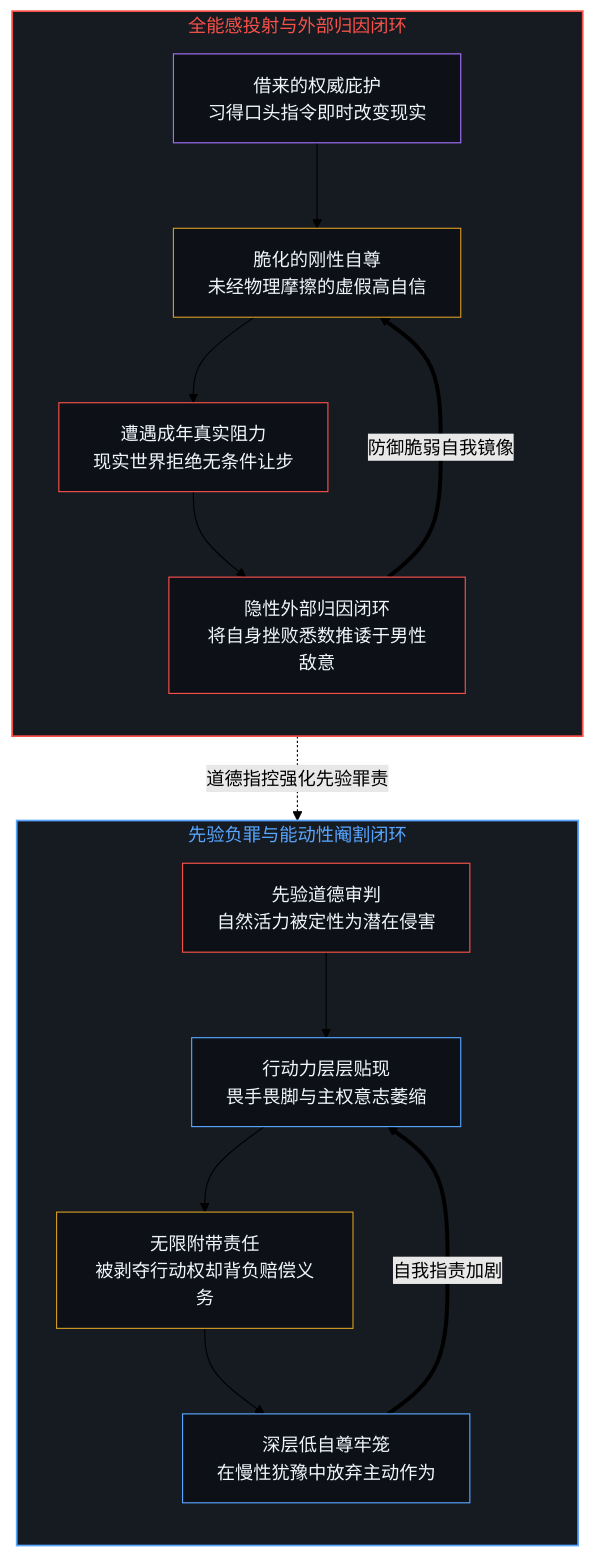
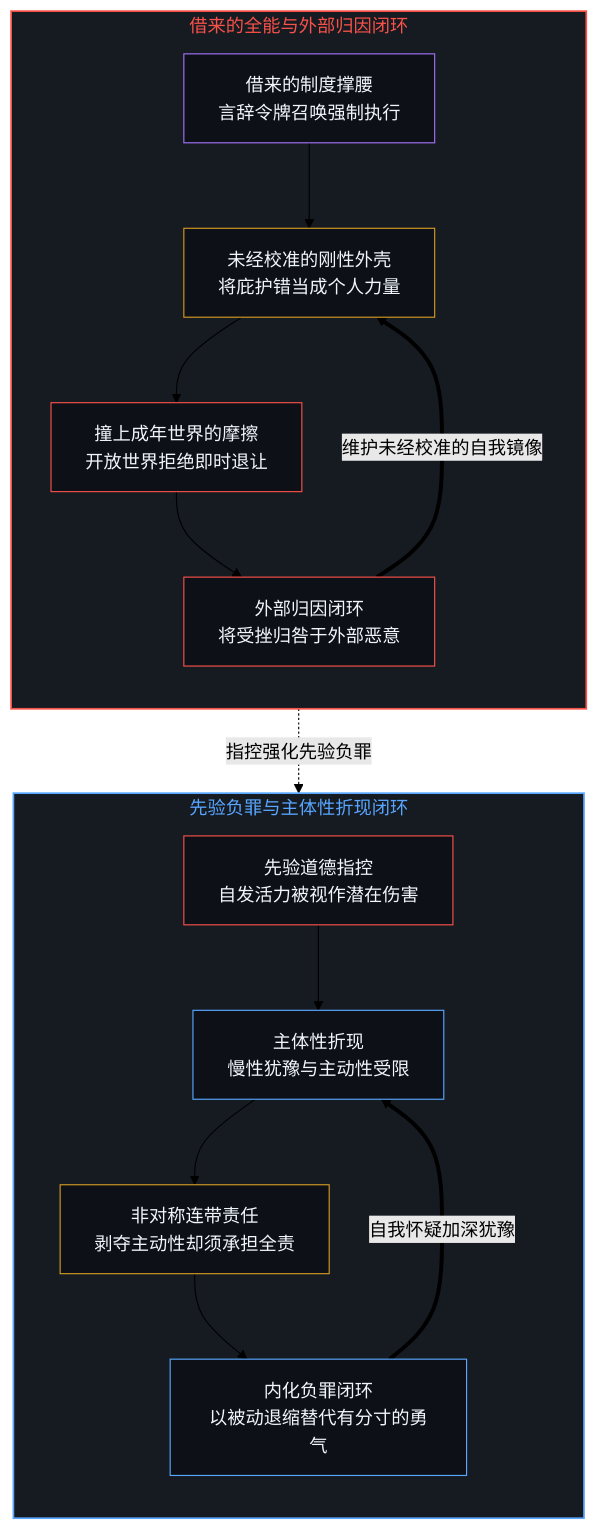
One commit to powerpig99/not-a-toe changed the fifth of 6 diagrams in content/posts/the-unfrictioned-mind-and-borrowed-omnipotence.md. Above: the diagram before and after it, drawn with Mermaid (forest theme). The commit also changed other lines of this file and 3 other files, not shown here.

````diff
--- a/content/posts/the-unfrictioned-mind-and-borrowed-omnipotence.md
+++ b/content/posts/the-unfrictioned-mind-and-borrowed-omnipotence.md
@@ -143,32 +143,32 @@
 ```mermaid
 flowchart TD
-  subgraph S_FEM["全能感投射与外部归因闭环"]
+  subgraph S_FEM["借来的全能与外部归因闭环"]
     direction TB
-    F_BORROW["借来的权威庇护<br/>习得口头指令即时改变现实"]
-    F_SHELL["脆化的刚性自尊<br/>未经物理摩擦的虚假高自信"]
-    F_COLLAPSE["遭遇成年真实阻力<br/>现实世界拒绝无条件让步"]
-    F_ATTR["隐性外部归因闭环<br/>将自身挫败悉数推诿于男性敌意"]
+    F_BORROW["借来的制度撑腰<br/>言辞令牌召唤强制执行"]
+    F_SHELL["未经校准的刚性外壳<br/>将庇护错当成个人力量"]
+    F_COLLAPSE["撞上成年世界的摩擦<br/>开放世界拒绝即时退让"]
+    F_ATTR["外部归因闭环<br/>将受挫归咎于外部恶意"]
     F_BORROW --> F_SHELL --> F_COLLAPSE --> F_ATTR
-    F_ATTR ==>|"防御脆弱自我镜像"| F_SHELL
+    F_ATTR ==>|"维护未经校准的自我镜像"| F_SHELL
   end
-  subgraph S_MALE["先验负罪与能动性阉割闭环"]
+  subgraph S_MALE["先验负罪与主体性折现闭环"]
     direction TB
-    M_PREEMPT["先验道德审判<br/>自然活力被定性为潜在侵害"]
-    M_DISCOUNT["行动力层层贴现<br/>畏手畏脚与主权意志萎缩"]
-    M_BURDEN["无限附带责任<br/>被剥夺行动权却背负赔偿义务"]
-    M_GUILT["深层低自尊牢笼<br/>在慢性犹豫中放弃主动作为"]
+    M_PREEMPT["先验道德指控<br/>自发活力被视作潜在伤害"]
+    M_DISCOUNT["主体性折现<br/>慢性犹豫与主动性受限"]
+    M_BURDEN["非对称连带责任<br/>剥夺主动性却须承担全责"]
+    M_GUILT["内化负罪闭环<br/>以被动退缩替代有分寸的勇气"]
     M_PREEMPT --> M_DISCOUNT --> M_BURDEN --> M_GUILT
-    M_GUILT ==>|"自我指责加剧"| M_DISCOUNT
+    M_GUILT ==>|"自我怀疑加深犹豫"| M_DISCOUNT
   end
-  F_ATTR -.->|"道德指控强化先验罪责"| M_PREEMPT
+  F_ATTR -.->|"指控强化先验负罪"| M_PREEMPT
   style S_FEM fill:#161b22,stroke:#f85149,stroke-width:1.5px,color:#f85149
   style S_MALE fill:#161b22,stroke:#58a6ff,stroke-width:1.5px,color:#58a6ff
   style F_BORROW fill:#0d1117,stroke:#a371f7,stroke-width:1px,color:#f0f6fc
   style F_SHELL fill:#0d1117,stroke:#d29922,stroke-width:1px,color:#f0f6fc
   style F_COLLAPSE fill:#0d1117,stroke:#f85149,stroke-width:1px,color:#f0f6fc
   style F_ATTR fill:#0d1117,stroke:#f85149,stroke-width:1px,color:#f0f6fc
   style M_PREEMPT fill:#0d1117,stroke:#f85149,stroke-width:1px,color:#f0f6fc
   style M_DISCOUNT fill:#0d1117,stroke:#58a6ff,stroke-width:1px,color:#f0f6fc
   style M_BURDEN fill:#0d1117,stroke:#d29922,stroke-width:1px,color:#f0f6fc
   style M_GUILT fill:#0d1117,stroke:#58a6ff,stroke-width:1px,color:#f0f6fc
 ```
````
